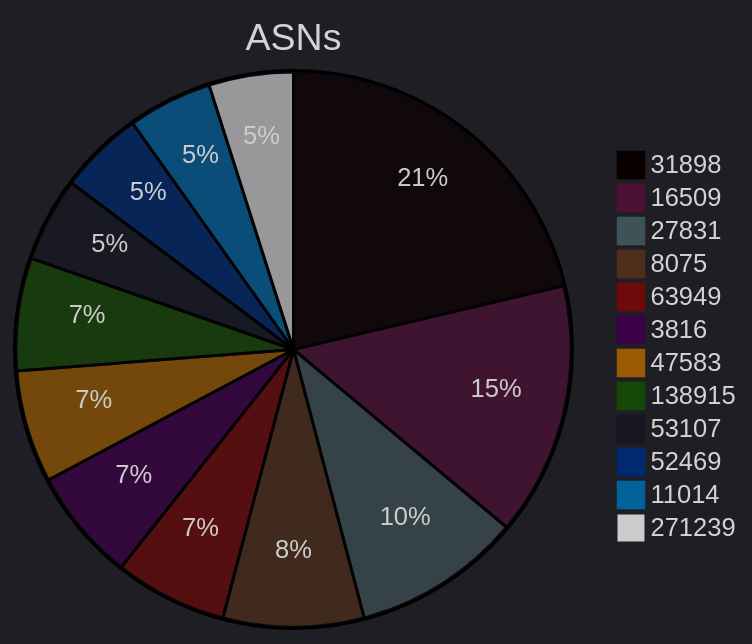
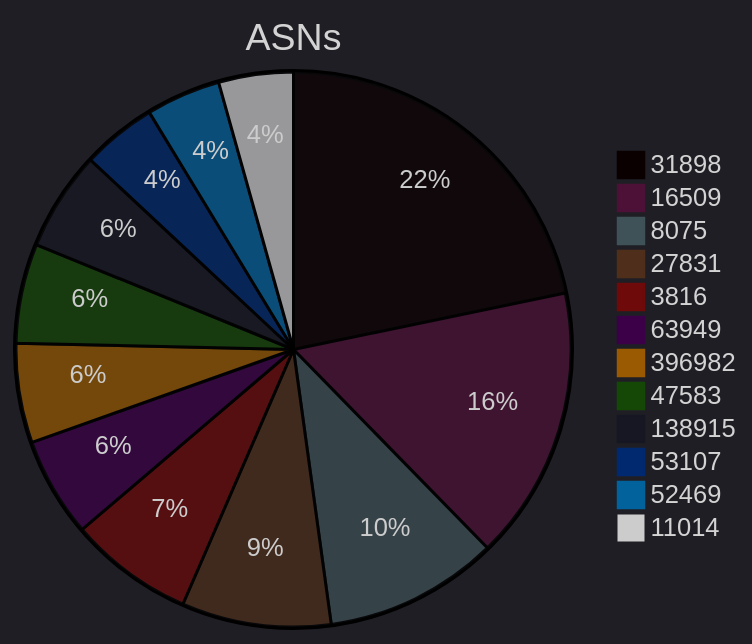
Before and after one commit to ZoqueLabs/website: the third of 8 diagrams in zolim.md, drawn with Mermaid. The commit also changed other lines of this file, not shown here.

````diff
--- a/zolim.md
+++ b/zolim.md
@@ -73,19 +73,19 @@
 ```mermaid
 ---
 config:
   theme: dark
 ---
 pie title ASNs
-  "31898" : 13
-  "16509" : 9
+  "31898" : 15
+  "16509" : 11
+  "8075" : 7
   "27831" : 6
-  "8075" : 5
+  "3816" : 5
   "63949" : 4
-  "3816" : 4
+  "396982" : 4
   "47583" : 4
   "138915" : 4
   "53107" : 3
   "52469" : 3
   "11014" : 3
-  "271239" : 3
 ```
````
